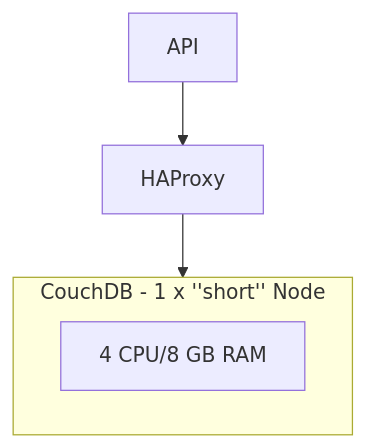
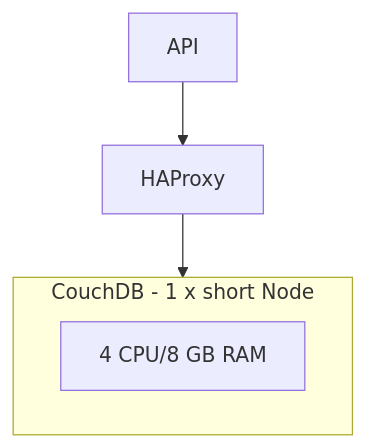
Before and after one commit to medic/cht-docs: the first of 3 diagrams in content/en/hosting/vertical-vs-horizontal.md, drawn with Mermaid. The commit also changed other lines of this file, not shown here.

Commit message:
fix scalability mermaid chart word wrap

````diff
--- a/content/en/hosting/vertical-vs-horizontal.md
+++ b/content/en/hosting/vertical-vs-horizontal.md
@@ -28,9 +28,10 @@
 ```mermaid
 flowchart TD
 
-subgraph couch1[" CouchDB - 1 x ''short'' Node "]
+subgraph couch1[" CouchDB - 1 x short Node "]
+
     couchInner1["4 CPU/8 GB RAM"]
 end
 
 API["API"] --> HAProxy -->  couch1
 ```
````
